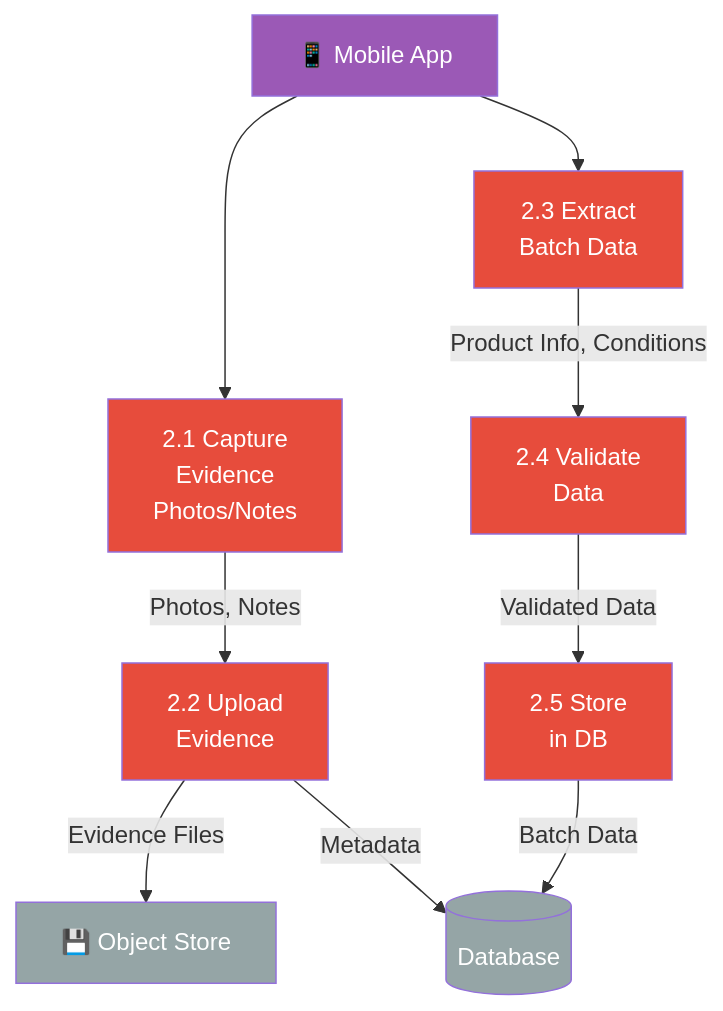
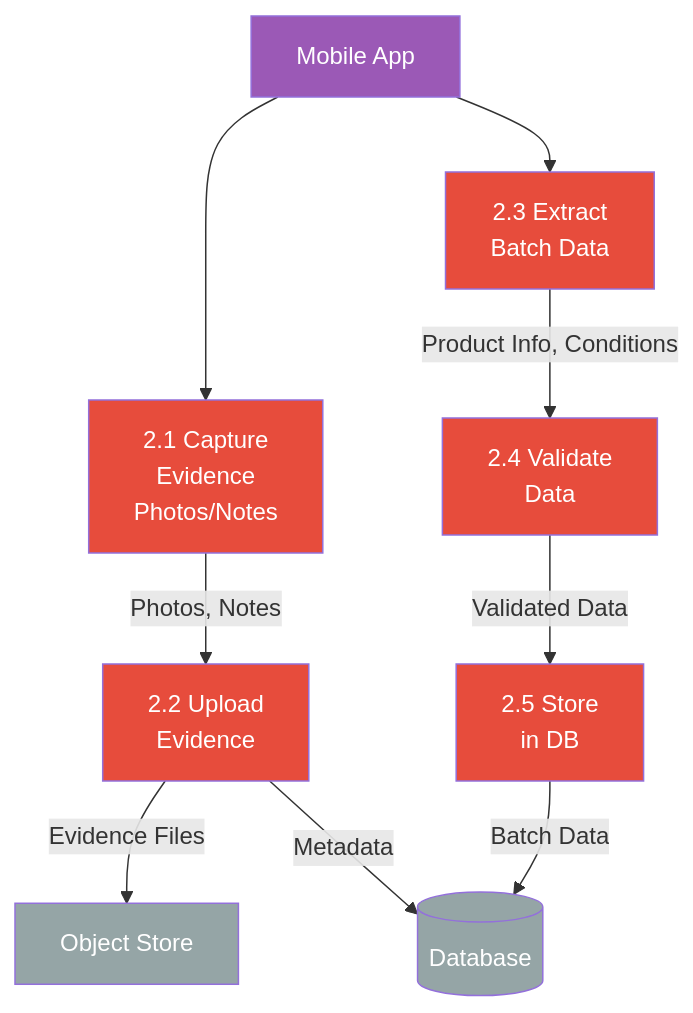
Before and after one commit to AbraImani/Authmed_Backend_intern: the fourth of 7 diagrams in docs/architecture/data-flow-diagrams.md, drawn with Mermaid. The commit also changed other lines of this file and 27 other files, not shown here.

Commit message:
docs: remove emojis, translate to English, standardize diagrams and remove color styles

````diff
--- a/docs/architecture/data-flow-diagrams.md
+++ b/docs/architecture/data-flow-diagrams.md
@@ -121,36 +111,36 @@
 ```mermaid
 graph TD
-    Mobile["📱 Mobile App"]
+    Mobile["Mobile App"]
     
     Capture["2.1 Capture<br/>Evidence<br/>Photos/Notes"]
     
     Upload["2.2 Upload<br/>Evidence"]
     
     Extract["2.3 Extract<br/>Batch Data"]
     
     Validate["2.4 Validate<br/>Data"]
     
     Store["2.5 Store<br/>in DB"]
     
-    S3["💾 Object Store"]
+    S3["Object Store"]
     DB[(Database)]
     
     Mobile --> Capture
     Capture -->|Photos, Notes| Upload
     Upload -->|Evidence Files| S3
     Upload -->|Metadata| DB
     
     Mobile --> Extract
     Extract -->|Product Info, Conditions| Validate
     Validate -->|Validated Data| Store
     Store -->|Batch Data| DB
     
     style Mobile fill:#9b59b6,color:#fff
     style Capture fill:#e74c3c,color:#fff
     style Upload fill:#e74c3c,color:#fff
     style Extract fill:#e74c3c,color:#fff
     style Validate fill:#e74c3c,color:#fff
     style Store fill:#e74c3c,color:#fff
     style S3 fill:#95a5a6,color:#fff
     style DB fill:#95a5a6,color:#fff
 ```
````
